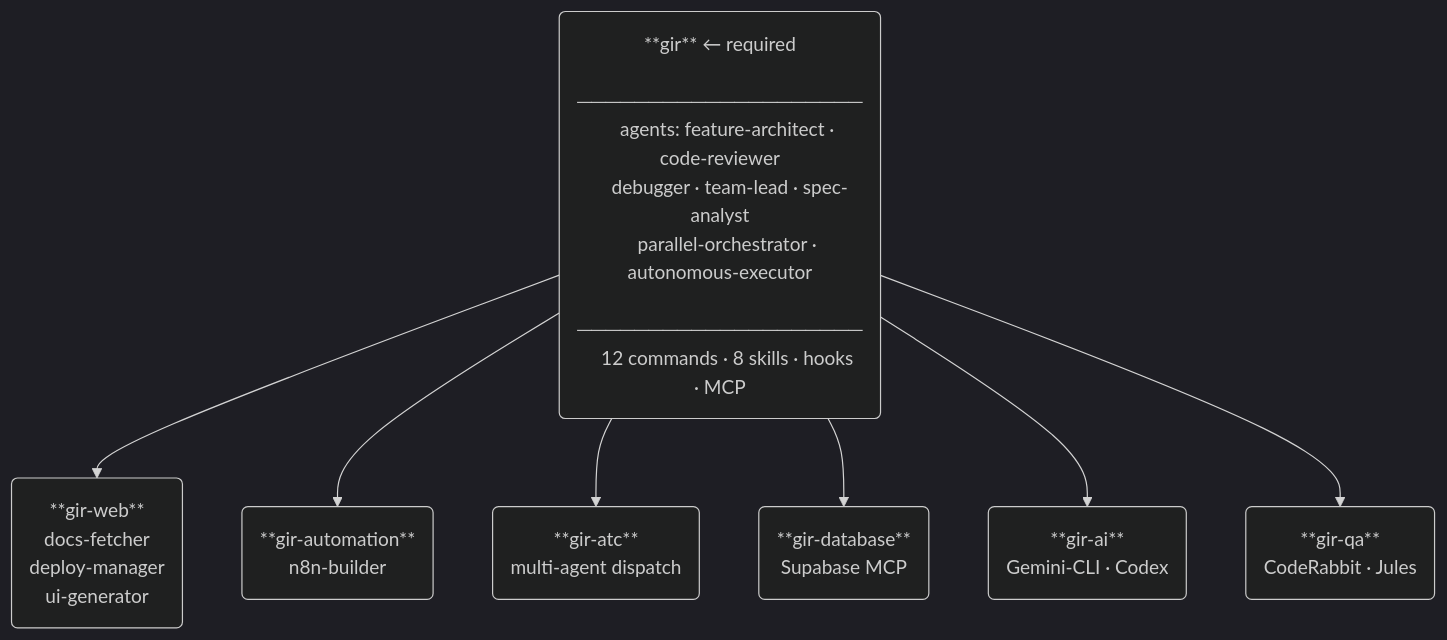
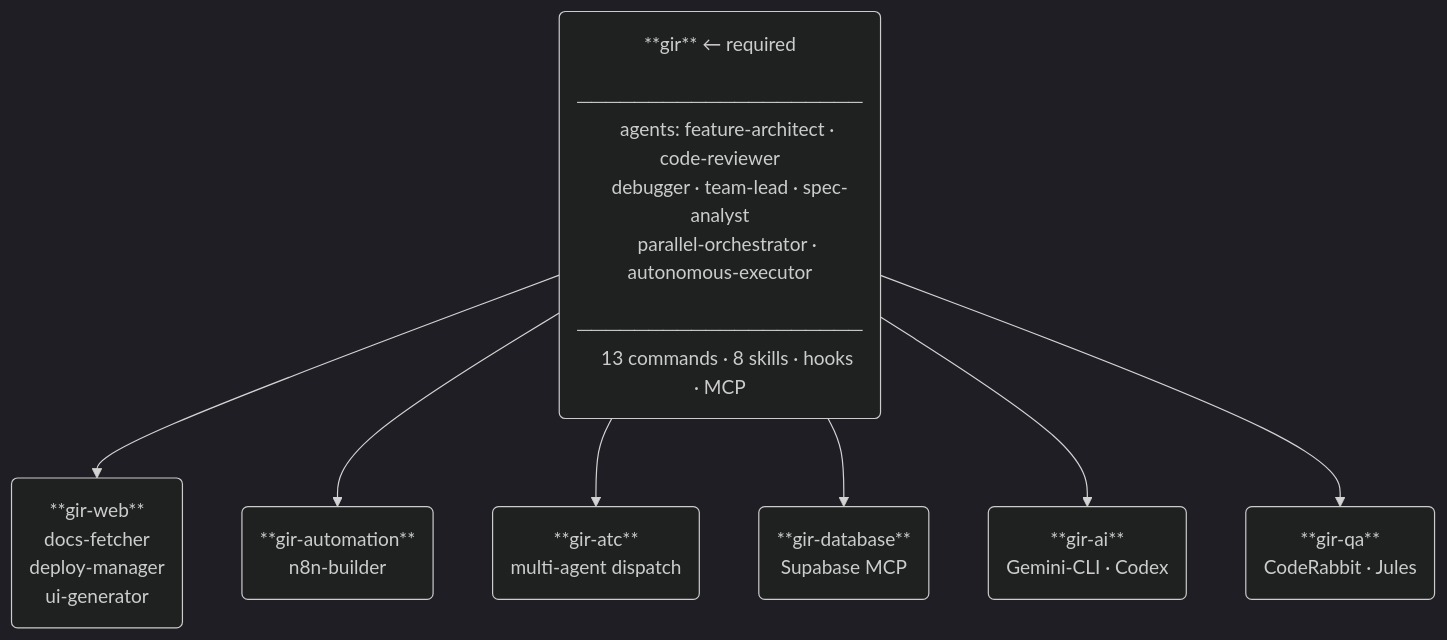
One commit to RedcoatAsher/GIR-v2 changed the first of 2 diagrams in README.md. Above: the diagram before and after it, drawn with Mermaid (dark theme). The commit also changed other lines of this file and 3 other files, not shown here.

````diff
--- a/README.md
+++ b/README.md
@@ -45,30 +45,30 @@
 ```mermaid
 graph TD
     gir("**gir** ← required
     ────────────────────
     agents: feature-architect · code-reviewer
     debugger · team-lead · spec-analyst
     parallel-orchestrator · autonomous-executor
     ────────────────────
-    12 commands · 8 skills · hooks · MCP")
+    13 commands · 8 skills · hooks · MCP")
 
     gir --> web("**gir-web**
     docs-fetcher
     deploy-manager
     ui-generator")
 
     gir --> auto("**gir-automation**
     n8n-builder")
 
     gir --> tools("**gir-atc**
     multi-agent dispatch")
 
     gir --> db("**gir-database**
     Supabase MCP")
 
     gir --> ai("**gir-ai**
     Gemini-CLI · Codex")
 
     gir --> qa("**gir-qa**
     CodeRabbit · Jules")
 ```
````
